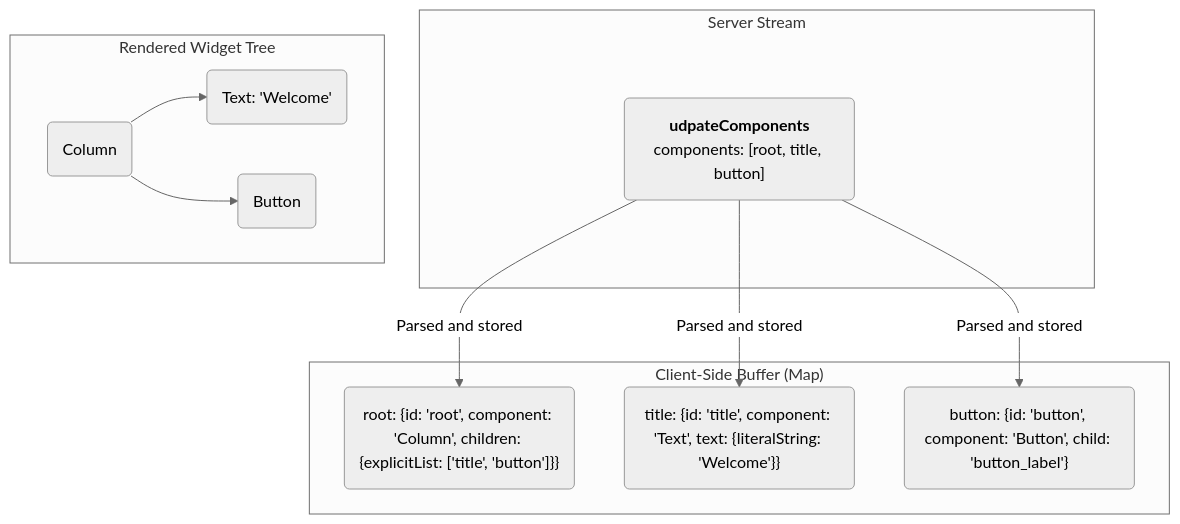
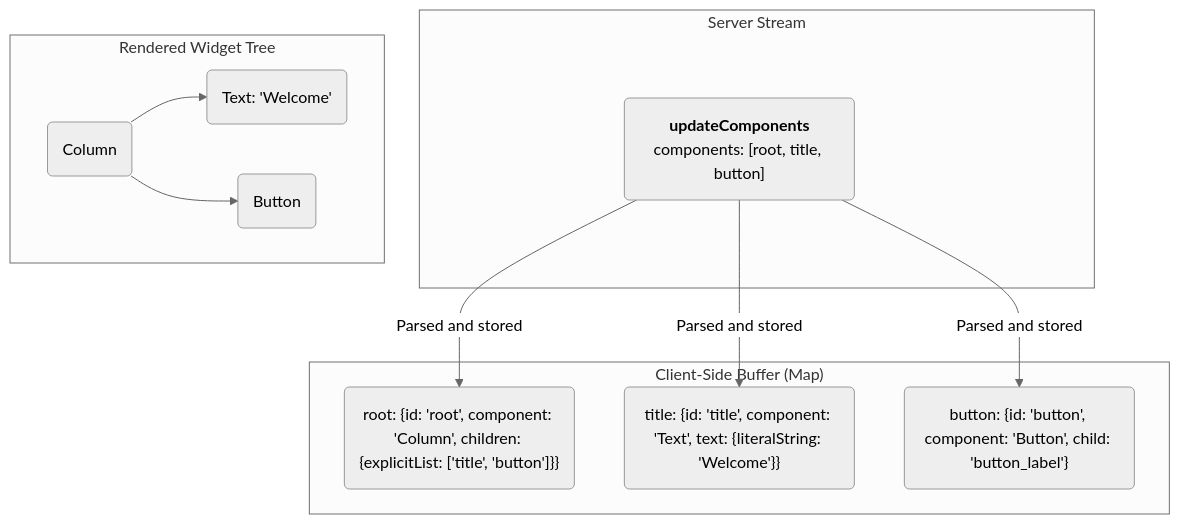
The second of 2 diagrams in specification/0.9/docs/a2ui_protocol.md (google/A2UI), drawn with Mermaid (neutral theme) before and after one commit. The commit also changed other lines of this file and 7 other files, not shown here.

````diff
--- a/specification/0.9/docs/a2ui_protocol.md
+++ b/specification/0.9/docs/a2ui_protocol.md
@@ -255,22 +255,22 @@
 ```mermaid
 flowchart TD
     subgraph "Server Stream"
-        A("<b>udpateComponents</b><br>components: [root, title, button]")
+        A("<b>updateComponents</b><br>components: [root, title, button]")
     end
 
     subgraph "Client-Side Buffer (Map)"
         C("root: {id: 'root', component: 'Column', children: {explicitList: ['title', 'button']}}")
         D("title: {id: 'title', component: 'Text', text: {literalString: 'Welcome'}}")
         E("button: {id: 'button', component: 'Button', child: 'button_label'}")
     end
 
     subgraph "Rendered Widget Tree"
         F(Column) --> G(Text: 'Welcome')
         F --> H(Button)
     end
 
     A -- "Parsed and stored" --> C
     A -- "Parsed and stored" --> D
     A -- "Parsed and stored" --> E
 
 ```
````
